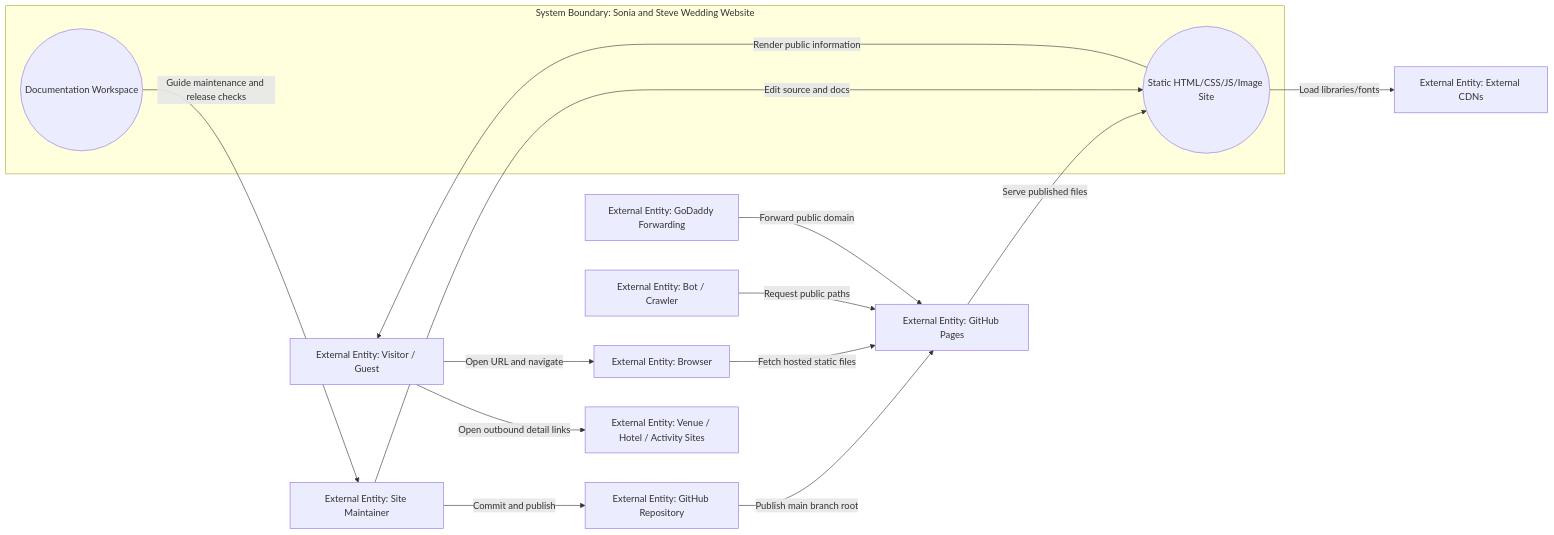
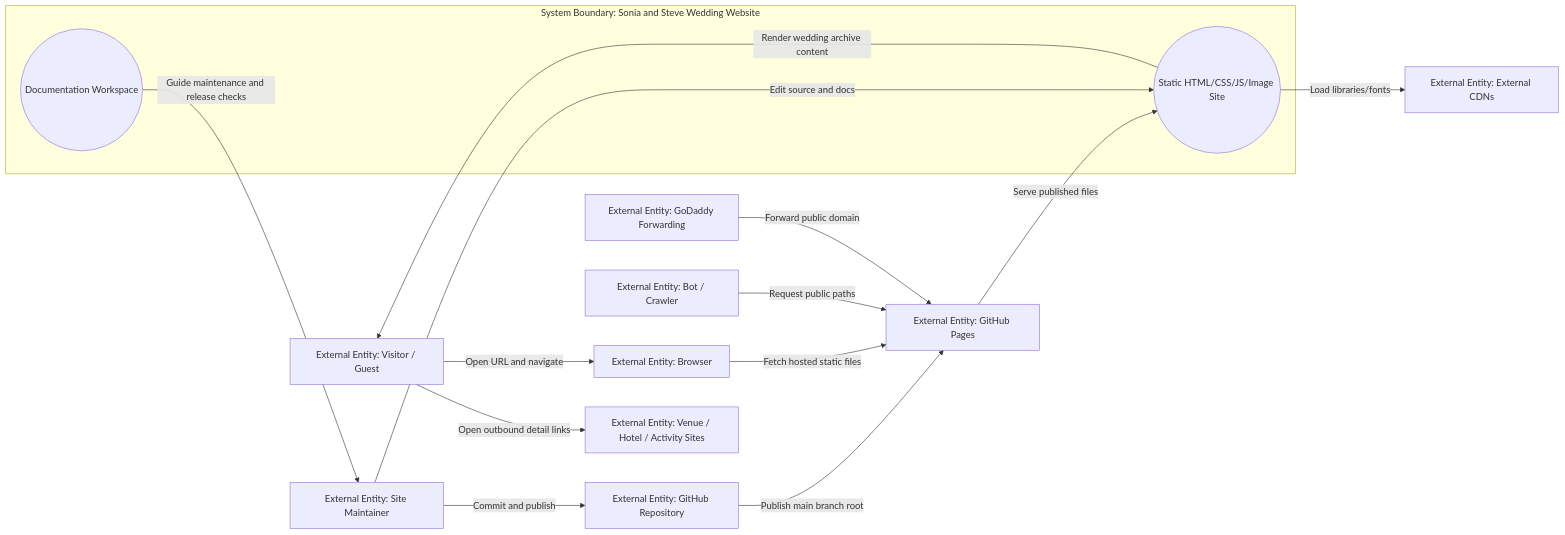
One commit to skeller01/wedding-website changed the first of 4 diagrams in documentation/requirements/current-state-design.md. Above: the diagram before and after it, drawn with Mermaid. The commit also changed other lines of this file and 7 other files, not shown here.

````diff
--- a/documentation/requirements/current-state-design.md
+++ b/documentation/requirements/current-state-design.md
@@ -50,30 +51,30 @@
 ```mermaid
 flowchart LR
   Guest[External Entity: Visitor / Guest]
   Maintainer[External Entity: Site Maintainer]
   Browser[External Entity: Browser]
   Repo[External Entity: GitHub Repository]
   Pages[External Entity: GitHub Pages]
   GoDaddy[External Entity: GoDaddy Forwarding]
   CDN[External Entity: External CDNs]
   Links[External Entity: Venue / Hotel / Activity Sites]
   Bot[External Entity: Bot / Crawler]
 
   subgraph System["System Boundary: Sonia and Steve Wedding Website"]
     Site((Static HTML/CSS/JS/Image Site))
     Docs((Documentation Workspace))
   end
 
   Guest -->|Open URL and navigate| Browser
   Browser -->|Fetch hosted static files| Pages
   Pages -->|Serve published files| Site
-  Site -->|Render public information| Guest
+  Site -->|Render wedding archive content| Guest
   Site -->|Load libraries/fonts| CDN
   Guest -->|Open outbound detail links| Links
   Maintainer -->|Edit source and docs| Site
   Maintainer -->|Commit and publish| Repo
   Repo -->|Publish main branch root| Pages
   GoDaddy -->|Forward public domain| Pages
   Bot -->|Request public paths| Pages
   Docs -->|Guide maintenance and release checks| Maintainer
 ```
````
